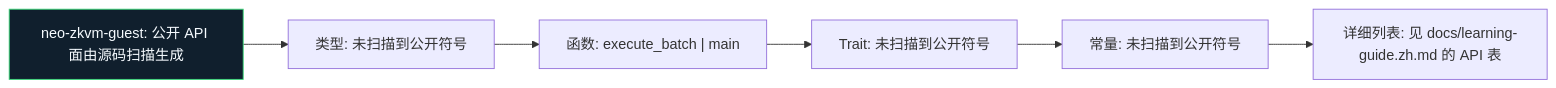
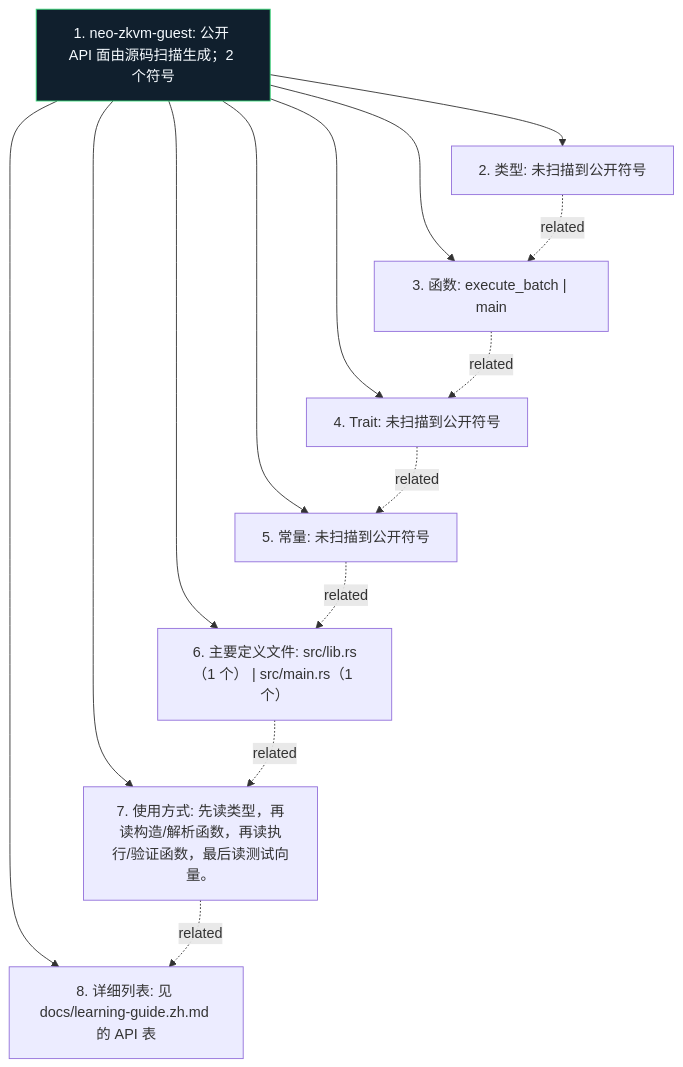
The diagram in bridge/neo-zkvm-guest/docs/figures/api-surface.zh.mmd (r3e-network/neo-n4), drawn with Mermaid before and after one commit. The commit also changed 355 other files, not shown here.

Commit message:
Deepen crate diagrams with source-aware atlas

```diff
--- a/bridge/neo-zkvm-guest/docs/figures/api-surface.zh.mmd
+++ b/bridge/neo-zkvm-guest/docs/figures/api-surface.zh.mmd
@@ -1,14 +1,24 @@
-flowchart LR
-    N1["neo-zkvm-guest: 公开 API 面由源码扫描生成"]
-    N2["类型: 未扫描到公开符号"]
-    N3["函数: execute_batch | main"]
-    N4["Trait: 未扫描到公开符号"]
-    N5["常量: 未扫描到公开符号"]
-    N6["详细列表: 见 docs/learning-guide.zh.md 的 API 表"]
+flowchart TB
+    N1["1. neo-zkvm-guest: 公开 API 面由源码扫描生成；2 个符号"]
+    N2["2. 类型: 未扫描到公开符号"]
+    N3["3. 函数: execute_batch | main"]
+    N4["4. Trait: 未扫描到公开符号"]
+    N5["5. 常量: 未扫描到公开符号"]
+    N6["6. 主要定义文件: src/lib.rs（1 个） | src/main.rs（1 个）"]
+    N7["7. 使用方式: 先读类型，再读构造/解析函数，再读执行/验证函数，最后读测试向量。"]
+    N8["8. 详细列表: 见 docs/learning-guide.zh.md 的 API 表"]
     N1 --> N2
-    N2 --> N3
-    N3 --> N4
-    N4 --> N5
-    N5 --> N6
+    N1 --> N3
+    N1 --> N4
+    N1 --> N5
+    N1 --> N6
+    N1 --> N7
+    N1 --> N8
+    N2 -. related .-> N3
+    N3 -. related .-> N4
+    N4 -. related .-> N5
+    N5 -. related .-> N6
+    N6 -. related .-> N7
+    N7 -. related .-> N8
     classDef crate fill:#101f2d,stroke:#38d978,color:#f6fbff
     class N1 crate
```
